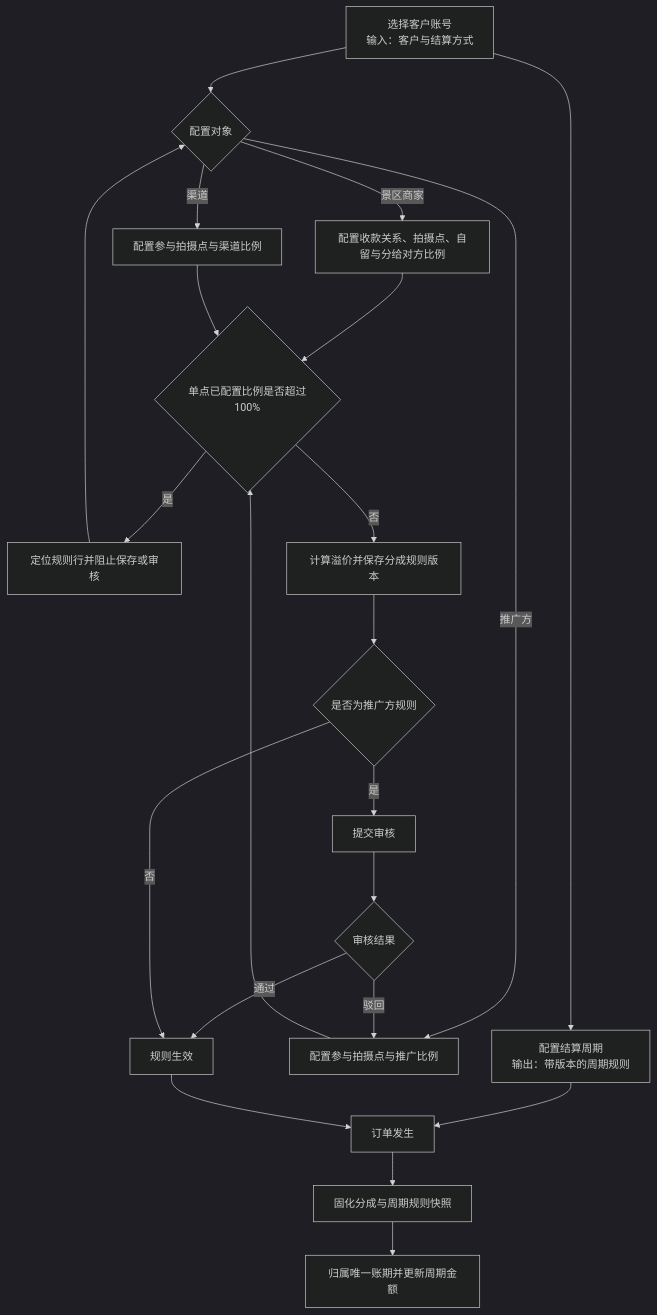
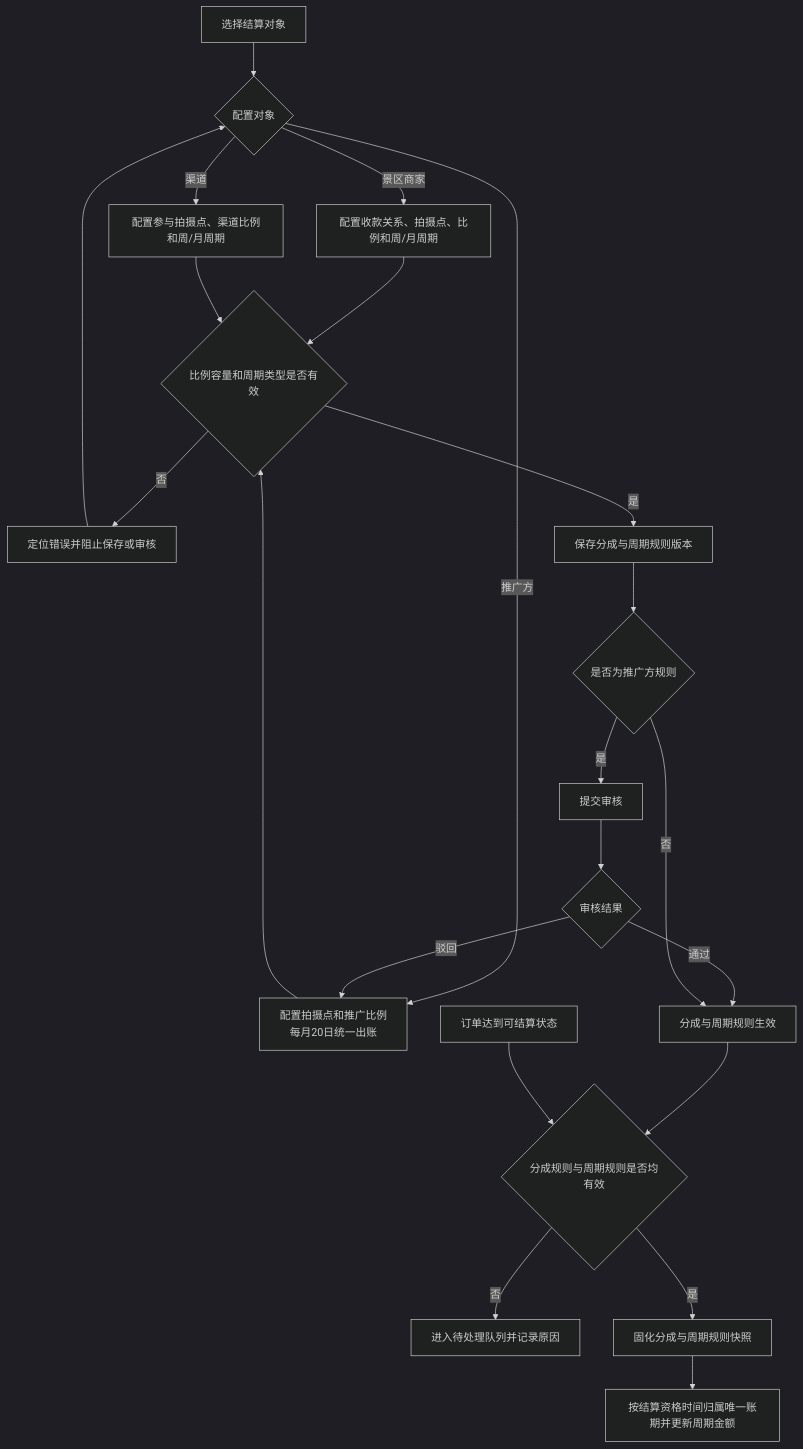
The first of 2 diagrams in docs/premium-settlement/自定义周期结算与溢价配置-PRD-20260915.md (awu520119/xiaomifeng-admin), drawn with Mermaid (dark theme) before and after one commit. The commit also changed other lines of this file and 17 other files, not shown here.

````diff
--- a/docs/premium-settlement/自定义周期结算与溢价配置-PRD-20260915.md
+++ b/docs/premium-settlement/自定义周期结算与溢价配置-PRD-20260915.md
@@ -62,24 +67,24 @@
 ```mermaid
 graph TD
-    A[选择客户账号<br/>输入：客户与结算方式] --> B[配置结算周期<br/>输出：带版本的周期规则]
-    A --> C{配置对象}
-    C -->|景区商家| D[配置收款关系、拍摄点、自留与分给对方比例]
-    C -->|渠道| E[配置参与拍摄点与渠道比例]
-    C -->|推广方| F[配置参与拍摄点与推广比例]
-    D --> G{单点已配置比例是否超过100%}
+    A[选择结算对象] --> C{配置对象}
+    C -->|景区商家| D[配置收款关系、拍摄点、比例和周/月周期]
+    C -->|渠道| E[配置参与拍摄点、渠道比例和周/月周期]
+    C -->|推广方| F[配置拍摄点和推广比例<br/>每月20日统一出账]
+    D --> G{比例容量和周期类型是否有效}
     E --> G
     F --> G
-    G -->|是| H[定位规则行并阻止保存或审核]
+    G -->|否| H[定位错误并阻止保存或审核]
     H --> C
-    G -->|否| I[计算溢价并保存分成规则版本]
+    G -->|是| I[保存分成与周期规则版本]
     I --> J{是否为推广方规则}
     J -->|是| K[提交审核]
     K --> L{审核结果}
     L -->|驳回| F
-    L -->|通过| M[规则生效]
+    L -->|通过| M[分成与周期规则生效]
     J -->|否| M
-    B --> N[订单发生]
-    M --> N
-    N --> O[固化分成与周期规则快照]
-    O --> P[归属唯一账期并更新周期金额]
+    M --> R{分成规则与周期规则是否均有效}
+    N[订单达到可结算状态] --> R
+    R -->|否| T[进入待处理队列并记录原因]
+    R -->|是| O[固化分成与周期规则快照]
+    O --> P[按结算资格时间归属唯一账期并更新周期金额]
 ```
````
